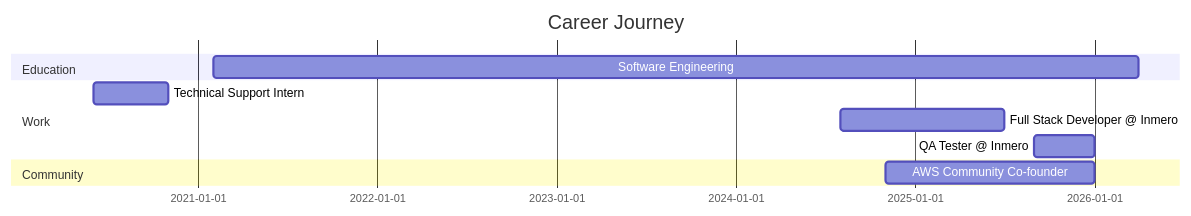
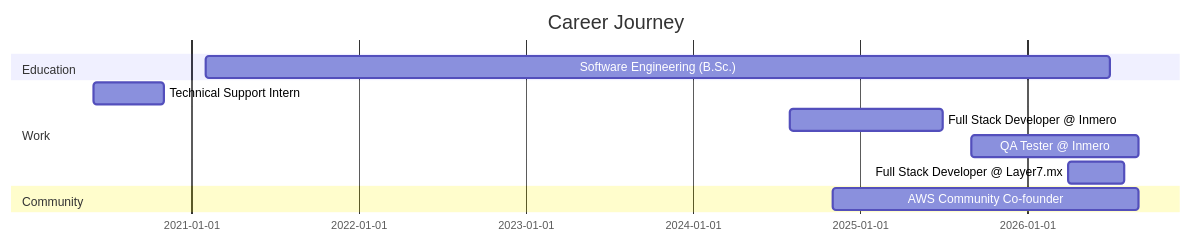
One commit to Ojachi/Ojachi changed the diagram in README.md. Above: the diagram before and after it, drawn with Mermaid. The commit also changed other lines of this file, not shown here.

Commit message:
Update profile README with graduation, Layer7.mx role, and certifications

````diff
--- a/README.md
+++ b/README.md
@@ -227,13 +292,14 @@
 ```mermaid
 gantt
     title Career Journey
     dateFormat  YYYY-MM
     section Education
-    Software Engineering           :2021-02, 2026-04
+    Software Engineering (B.Sc.)     :2021-02, 2026-07
     section Work
-    Technical Support Intern       :2020-06, 2020-11
-    Full Stack Developer @ Inmero  :2024-08, 2025-07
-    QA Tester @ Inmero            :2025-09, 2026-01
+    Technical Support Intern         :2020-06, 2020-11
+    Full Stack Developer @ Inmero    :2024-08, 2025-07
+    QA Tester @ Inmero              :2025-09, 2026-09
+    Full Stack Developer @ Layer7.mx :2026-04, 2026-08
     section Community
-    AWS Community Co-founder       :2024-11, 2026-01
+    AWS Community Co-founder         :2024-11, 2026-09
 ```
````
